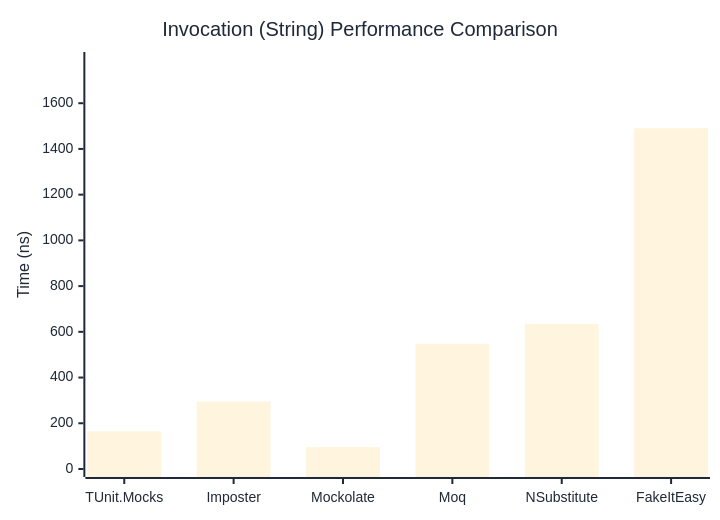
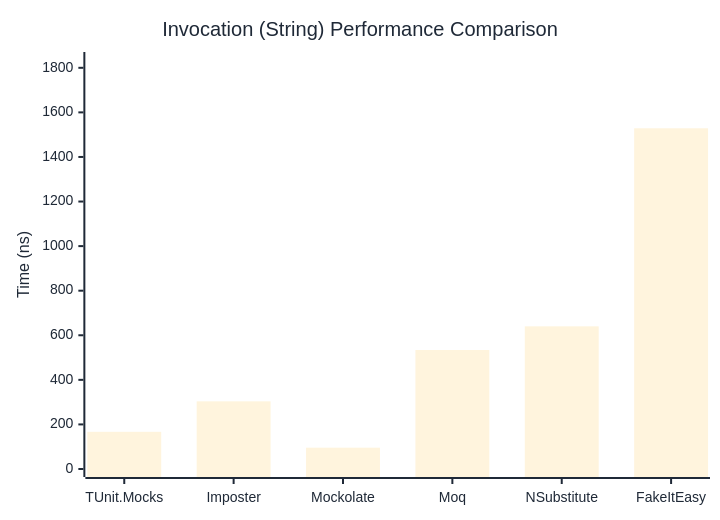
Before and after one commit to thomhurst/TUnit: the second of 3 diagrams in docs/docs/benchmarks/mocks/Invocation.md, drawn with Mermaid. The commit also changed other lines of this file and 14 other files, not shown here.

````diff
--- a/docs/docs/benchmarks/mocks/Invocation.md
+++ b/docs/docs/benchmarks/mocks/Invocation.md
@@ -71,27 +71,27 @@
 ```mermaid
 %%{init: {
   'theme':'base',
   'themeVariables': {
     'primaryColor': '#2563eb',
     'primaryTextColor': '#1f2937',
     'primaryBorderColor': '#1e40af',
     'lineColor': '#6b7280',
     'secondaryColor': '#7c3aed',
     'tertiaryColor': '#dc2626',
     'background': '#ffffff',
     'pie1': '#2563eb',
     'pie2': '#7c3aed',
     'pie3': '#dc2626',
     'pie4': '#f59e0b',
     'pie5': '#10b981',
     'pie6': '#06b6d4',
     'pie7': '#ec4899',
     'pie8': '#6366f1'
   }
 }}%%
 xychart-beta
   title "Invocation (String) Performance Comparison"
   x-axis ["TUnit.Mocks", "Imposter", "Mockolate", "Moq", "NSubstitute", "FakeItEasy"]
-  y-axis "Time (ns)" 0 --> 1789
-  bar [164.71, 295.07, 95.49, 547.7, 635.19, 1490.29]
+  y-axis "Time (ns)" 0 --> 1835
+  bar [166.8, 303.54, 95.62, 533.94, 640.03, 1528.67]
 ```
````
